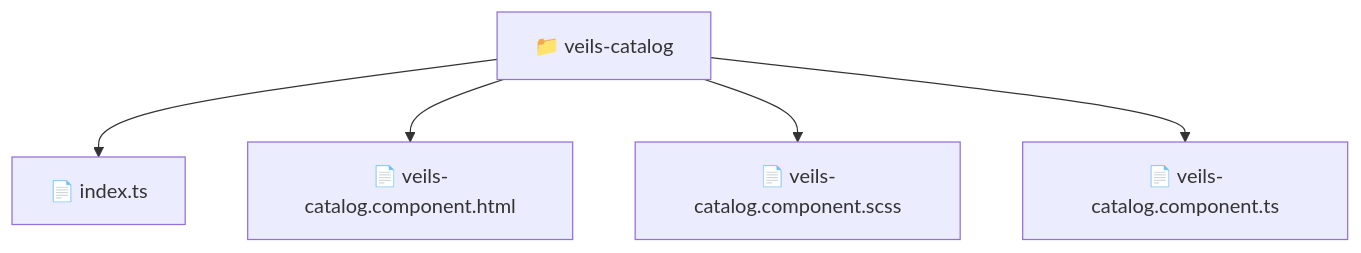
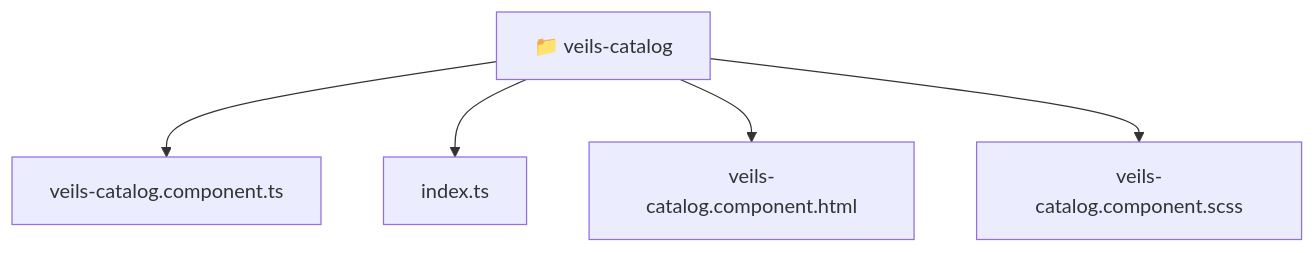
One commit to beginwebdev2002/fullstack-mavluda changed the diagram in frontend/src/pages/veils-catalog/README.md. Above: the diagram before and after it, drawn with Mermaid. The commit also changed other lines of this file and 167 other files, not shown here.

````diff
--- a/frontend/src/pages/veils-catalog/README.md
+++ b/frontend/src/pages/veils-catalog/README.md
@@ -11,8 +11,12 @@
 ```mermaid
 graph TD
-  Root["📁 veils-catalog"]
-  Root --> index_ts["📄 index.ts"]
-  Root --> veils_catalog_component_html["📄 veils-catalog.component.html"]
-  Root --> veils_catalog_component_scss["📄 veils-catalog.component.scss"]
-  Root --> veils_catalog_component_ts["📄 veils-catalog.component.ts"]
+  Root_veils_catalog["📁 veils-catalog"]
+  f_veils_catalog_component_ts["veils-catalog.component.ts"]
+  Root_veils_catalog --> f_veils_catalog_component_ts
+  f_index_ts["index.ts"]
+  Root_veils_catalog --> f_index_ts
+  f_veils_catalog_component_html["veils-catalog.component.html"]
+  Root_veils_catalog --> f_veils_catalog_component_html
+  f_veils_catalog_component_scss["veils-catalog.component.scss"]
+  Root_veils_catalog --> f_veils_catalog_component_scss
 ```
````
